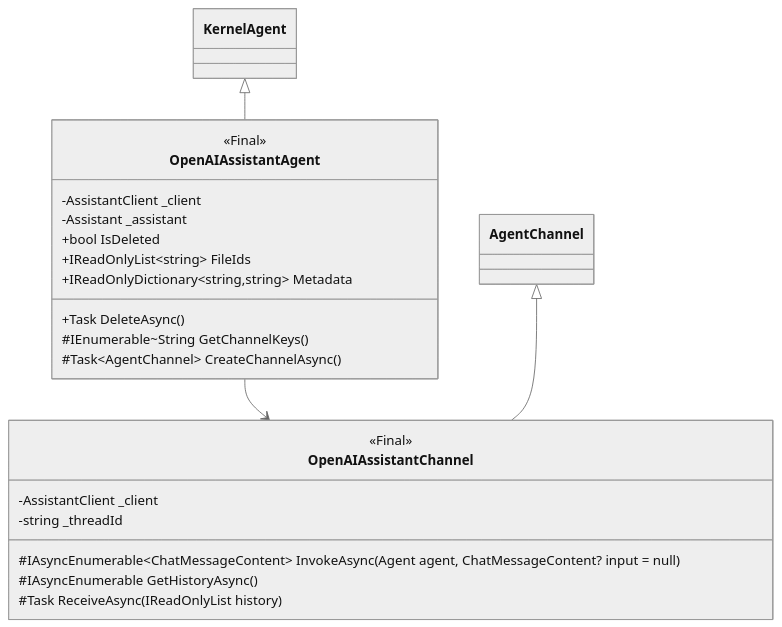
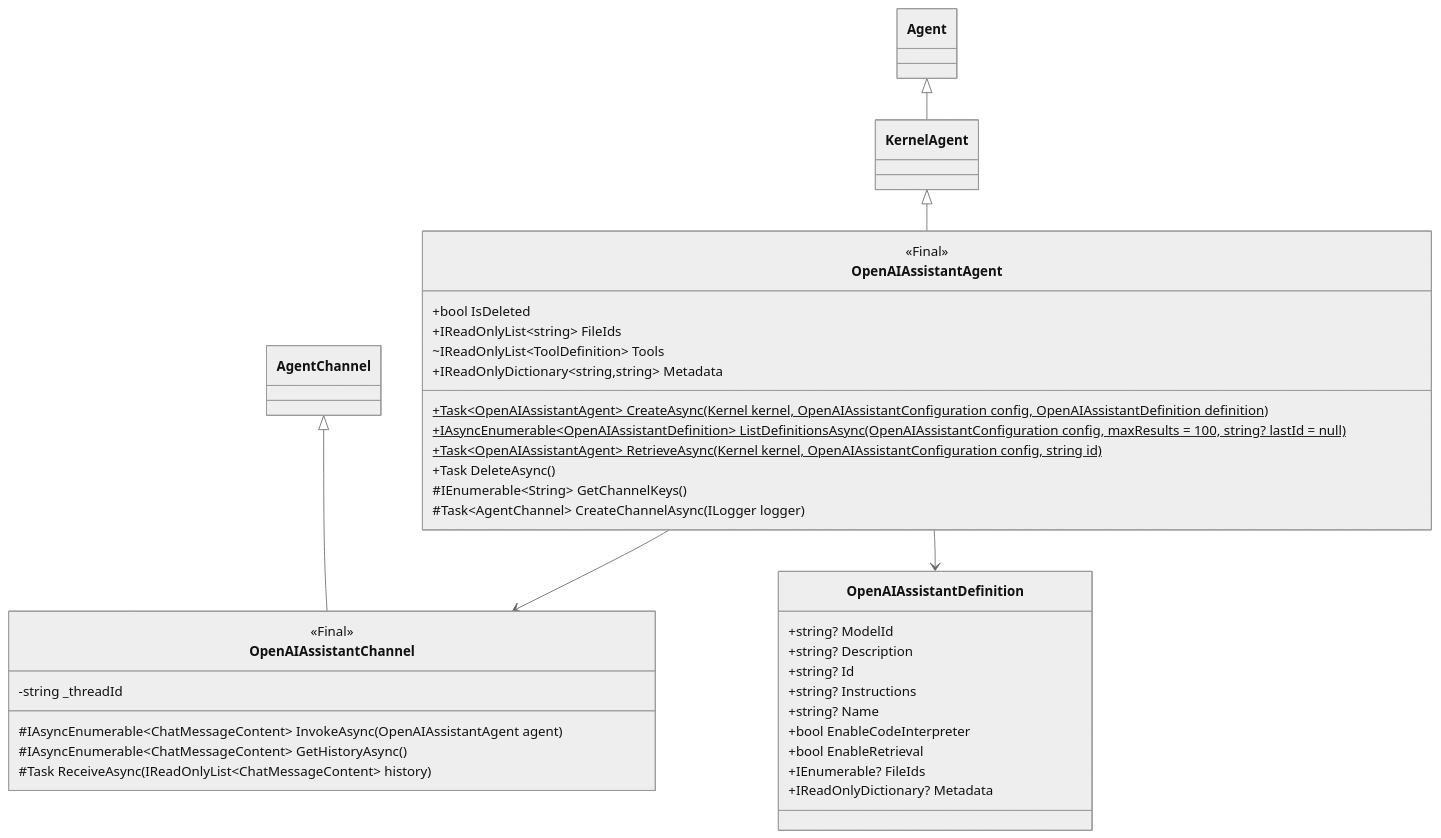
Before and after one commit to microsoft/semantic-kernel: the diagram in docs/decisions/diagrams/agent-assistant.mmd, drawn with Mermaid (neutral theme). The commit also changed 11 other files, not shown here.

```diff
--- a/docs/decisions/diagrams/agent-assistant.mmd
+++ b/docs/decisions/diagrams/agent-assistant.mmd
@@ -1,28 +1,43 @@
 classDiagram
 
     Agent
     AgentChannel
+    Agent <|-- KernelAgent
     
     KernelAgent <|-- OpenAIAssistantAgent
     OpenAIAssistantAgent --> OpenAIAssistantChannel
+    OpenAIAssistantAgent --> OpenAIAssistantDefinition  
     class OpenAIAssistantAgent {
         <<Final>>
-        -AssistantClient _client
-        -Assistant _assistant
         +bool IsDeleted
         +IReadOnlyList~string~ FileIds
+        ~IReadOnlyList~ToolDefinition~ Tools
         +IReadOnlyDictionary~string,string~ Metadata
+        +Task~OpenAIAssistantAgent~ CreateAsync(Kernel kernel, OpenAIAssistantConfiguration config, OpenAIAssistantDefinition definition)$
+        +IAsyncEnumerable~OpenAIAssistantDefinition~ ListDefinitionsAsync(OpenAIAssistantConfiguration config,  maxResults = 100, string? lastId = null)$
+        +Task~OpenAIAssistantAgent~ RetrieveAsync(Kernel kernel, OpenAIAssistantConfiguration config, string id)$
         +Task DeleteAsync()
-        #IEnumerable~String GetChannelKeys()
-        #Task~AgentChannel~ CreateChannelAsync()
+        #IEnumerable~String~ GetChannelKeys()
+        #Task~AgentChannel~ CreateChannelAsync(ILogger logger)
     }
 
     AgentChannel <|-- OpenAIAssistantChannel
     class OpenAIAssistantChannel {
         <<Final>>
-        -AssistantClient _client
         -string _threadId
-        #IAsyncEnumerable~ChatMessageContent~ InvokeAsync(Agent agent, ChatMessageContent? input = null)
-        #IAsyncEnumerable<ChatMessageContent> GetHistoryAsync()
-        #Task ReceiveAsync(IReadOnlyList<ChatMessageContent> history)
+        #IAsyncEnumerable~ChatMessageContent~ InvokeAsync(OpenAIAssistantAgent agent)
+        #IAsyncEnumerable~ChatMessageContent~ GetHistoryAsync()
+        #Task ReceiveAsync(IReadOnlyList~ChatMessageContent~ history)
     }
+
+    class OpenAIAssistantDefinition {
+        +string? ModelId
+        +string? Description
+        +string? Id
+        +string? Instructions
+        +string? Name
+        +bool EnableCodeInterpreter
+        +bool EnableRetrieval
+        +IEnumerable<string>? FileIds
+        +IReadOnlyDictionary<string, string>? Metadata
+    }
```
